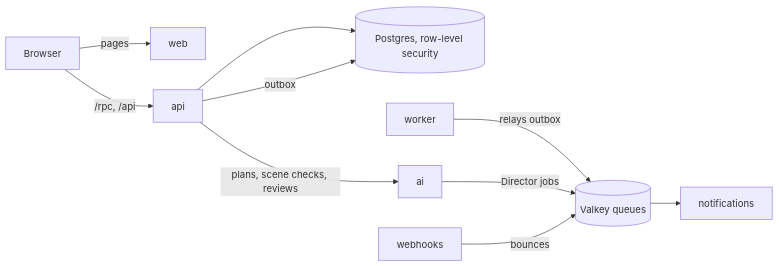
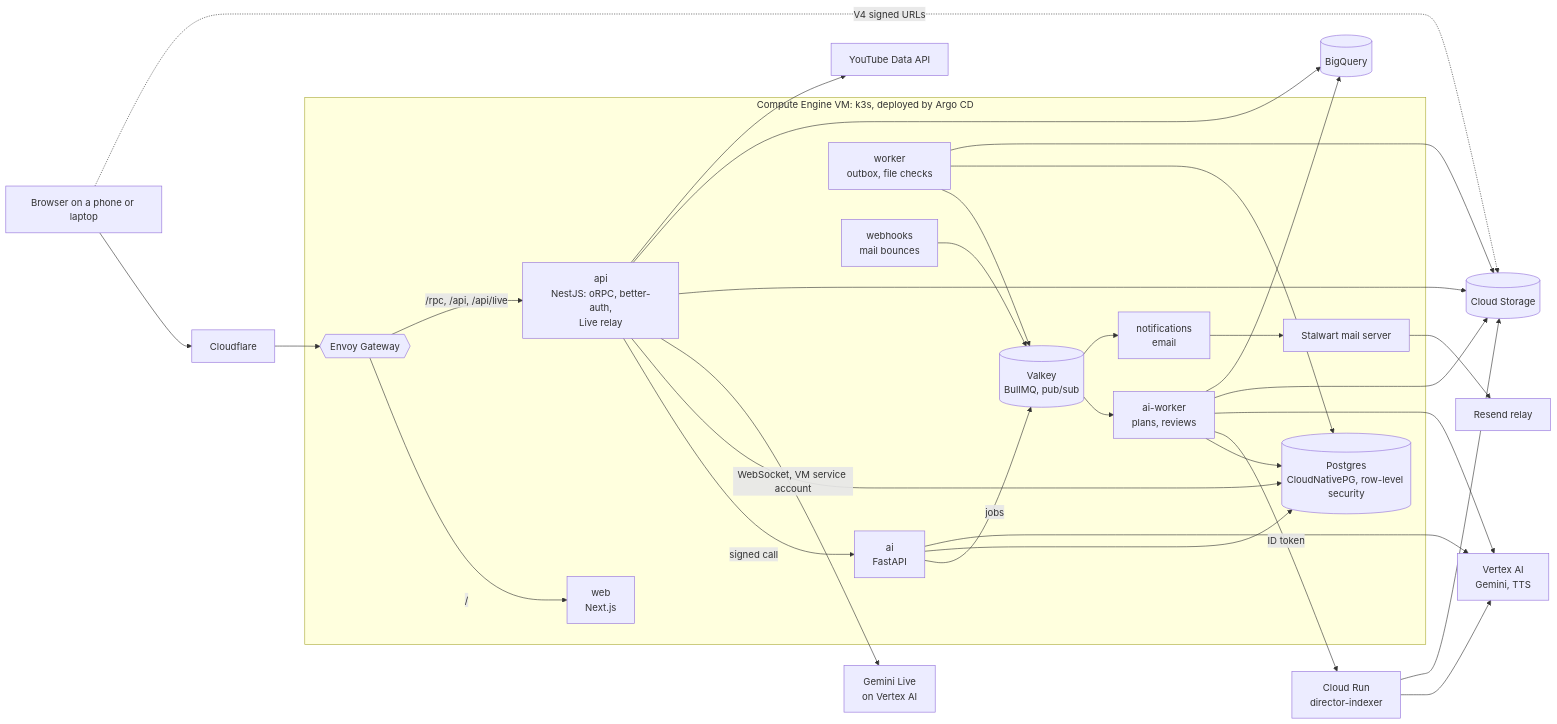
One commit to ManasMadan/director-editor changed the diagram in README.md. Above: the diagram before and after it, drawn with Mermaid. The commit also changed other lines of this file and 6 other files, not shown here.

````diff
--- a/README.md
+++ b/README.md
@@ -68,12 +102,28 @@
 ```mermaid
 flowchart LR
-  browser[Browser] -->|pages| web[web]
-  browser -->|/rpc, /api| api[api]
-  api --> pg[(Postgres, row-level security)]
-  api -->|outbox| pg
-  worker[worker] -->|relays outbox| q[(Valkey queues)]
-  q --> notifications[notifications]
-  api -->|plans, scene checks, reviews| ai[ai]
-  ai -->|Director jobs| q
-  webhooks[webhooks] -->|bounces| q
+  user[Browser on a phone or laptop] --> cf[Cloudflare]
+  cf --> gw{{Envoy Gateway}}
+
+  subgraph vm["Compute Engine VM: k3s, deployed by Argo CD"]
+    gw -- "/" --> web[web<br/>Next.js]
+    gw -- "/rpc, /api, /api/live" --> api["api<br/>NestJS: oRPC, better-auth,<br/>Live relay"]
+    api -- "signed call" --> ai[ai<br/>FastAPI]
+    ai -- "jobs" --> valkey[(Valkey<br/>BullMQ, pub/sub)]
+    valkey --> aiworker[ai-worker<br/>plans, reviews]
+    worker[worker<br/>outbox, file checks] --> valkey
+    valkey --> notifications[notifications<br/>email]
+    webhooks[webhooks<br/>mail bounces] --> valkey
+    api & ai & aiworker & worker --> pg[(Postgres<br/>CloudNativePG, row-level security)]
+    notifications --> mail[Stalwart mail server]
+  end
+
+  aiworker -- "ID token" --> indexer[Cloud Run<br/>director-indexer]
+  indexer --> vertex[Vertex AI<br/>Gemini, TTS]
+  ai & aiworker --> vertex
+  api -- "WebSocket, VM service account" --> live[Gemini Live<br/>on Vertex AI]
+  user -. "V4 signed URLs" .-> gcs[(Cloud Storage)]
+  api & worker & aiworker & indexer --> gcs
+  api & aiworker --> bq[(BigQuery)]
+  api --> yt[YouTube Data API]
+  mail --> resend[Resend relay]
 ```
````
